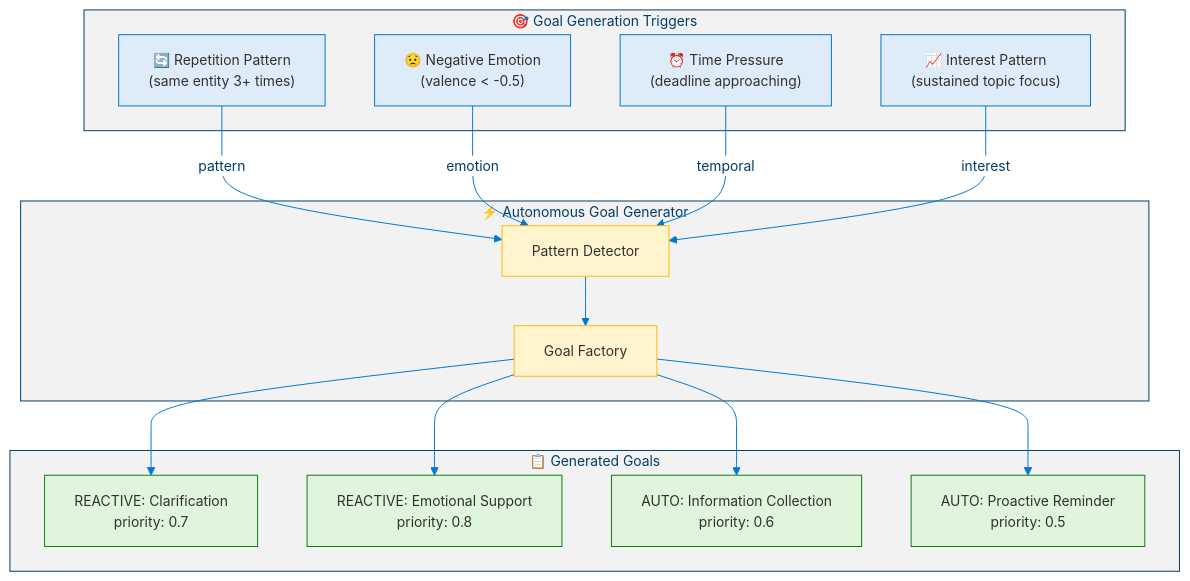
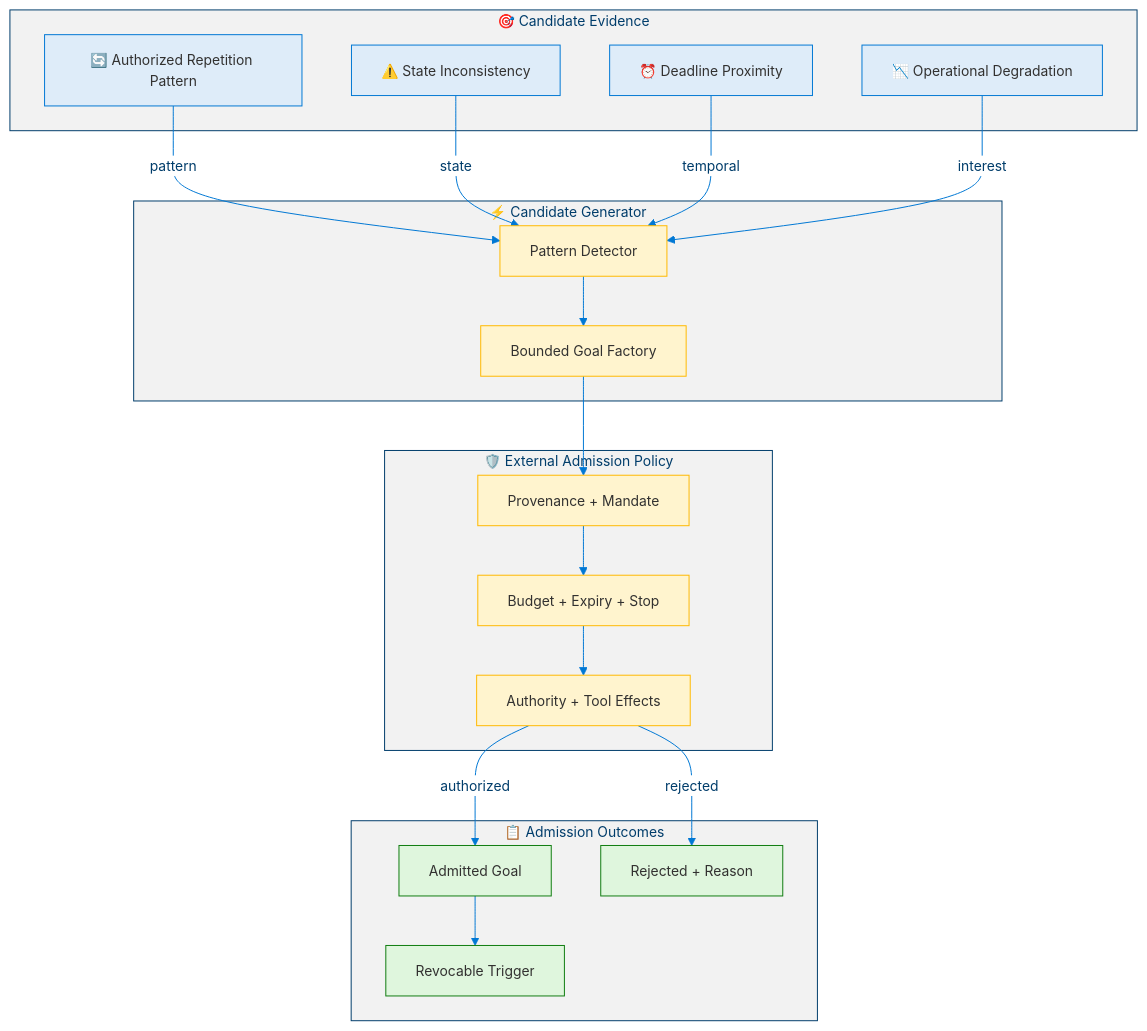
The fourth of 8 diagrams in docs/levels/Level_2_Autonomous_Agent.md (dotnetpower/mscp), drawn with Mermaid before and after one commit. The commit also changed other lines of this file and 21 other files, not shown here.

````diff
--- a/docs/levels/Level_2_Autonomous_Agent.md
+++ b/docs/levels/Level_2_Autonomous_Agent.md
@@ -426,37 +472,41 @@
 ```mermaid
 %%{init: {'theme': 'base', 'themeVariables': {'primaryColor': '#0078D4', 'primaryTextColor': '#003D6B', 'primaryBorderColor': '#003D6B', 'secondaryColor': '#50E6FF', 'secondaryTextColor': '#323130', 'secondaryBorderColor': '#00BCF2', 'tertiaryColor': '#F2F2F2', 'tertiaryTextColor': '#323130', 'lineColor': '#0078D4', 'textColor': '#323130', 'mainBkg': '#DEECF9', 'nodeBorder': '#0078D4', 'clusterBkg': '#F2F2F2', 'clusterBorder': '#003D6B', 'titleColor': '#003D6B', 'edgeLabelBackground': '#FFFFFF', 'fontSize': '14px'}}}%%
 flowchart TD
   classDef perceptionLight fill:#DEECF9,stroke:#0078D4,color:#323130
   classDef generatorLight fill:#FFF4CE,stroke:#FFB900,color:#323130
   classDef goalLight fill:#DFF6DD,stroke:#107C10,color:#323130
 
-  subgraph Triggers["🎯 Goal Generation Triggers"]
-    T1["🔄 Repetition Pattern<br/>(same entity 3+ times)"]:::perceptionLight
-    T2["😟 Negative Emotion<br/>(valence < -0.5)"]:::perceptionLight
-    T3["⏰ Time Pressure<br/>(deadline approaching)"]:::perceptionLight
-    T4["📈 Interest Pattern<br/>(sustained topic focus)"]:::perceptionLight
+  subgraph Triggers["🎯 Candidate Evidence"]
+    T1["🔄 Authorized Repetition Pattern"]:::perceptionLight
+    T2["⚠️ State Inconsistency"]:::perceptionLight
+    T3["⏰ Deadline Proximity"]:::perceptionLight
+    T4["📉 Operational Degradation"]:::perceptionLight
   end
 
-  subgraph Generator["⚡ Autonomous Goal Generator"]
+  subgraph Generator["⚡ Candidate Generator"]
     PD["Pattern Detector"]:::generatorLight
-    GF["Goal Factory"]:::generatorLight
+    GF["Bounded Goal Factory"]:::generatorLight
     PD --> GF
   end
 
-  subgraph Goals["📋 Generated Goals"]
-    G1["REACTIVE: Clarification<br/>priority: 0.7"]:::goalLight
-    G2["REACTIVE: Emotional Support<br/>priority: 0.8"]:::goalLight
-    G3["AUTO: Information Collection<br/>priority: 0.6"]:::goalLight
-    G4["AUTO: Proactive Reminder<br/>priority: 0.5"]:::goalLight
+  subgraph Admission["🛡️ External Admission Policy"]
+    V1["Provenance + Mandate"]:::generatorLight
+    V2["Budget + Expiry + Stop"]:::generatorLight
+    V3["Authority + Tool Effects"]:::generatorLight
+  end
+
+  subgraph Goals["📋 Admission Outcomes"]
+    G1["Admitted Goal"]:::goalLight
+    G2["Revocable Trigger"]:::goalLight
+    G3["Rejected + Reason"]:::goalLight
   end
 
   T1 -->|pattern| PD
-  T2 -->|emotion| PD
+  T2 -->|state| PD
   T3 -->|temporal| PD
   T4 -->|interest| PD
 
-  GF --> G1
-  GF --> G2
-  GF --> G3
-  GF --> G4
+  GF --> V1 --> V2 --> V3
+  V3 -->|authorized| G1 --> G2
+  V3 -->|rejected| G3
 ```
````
